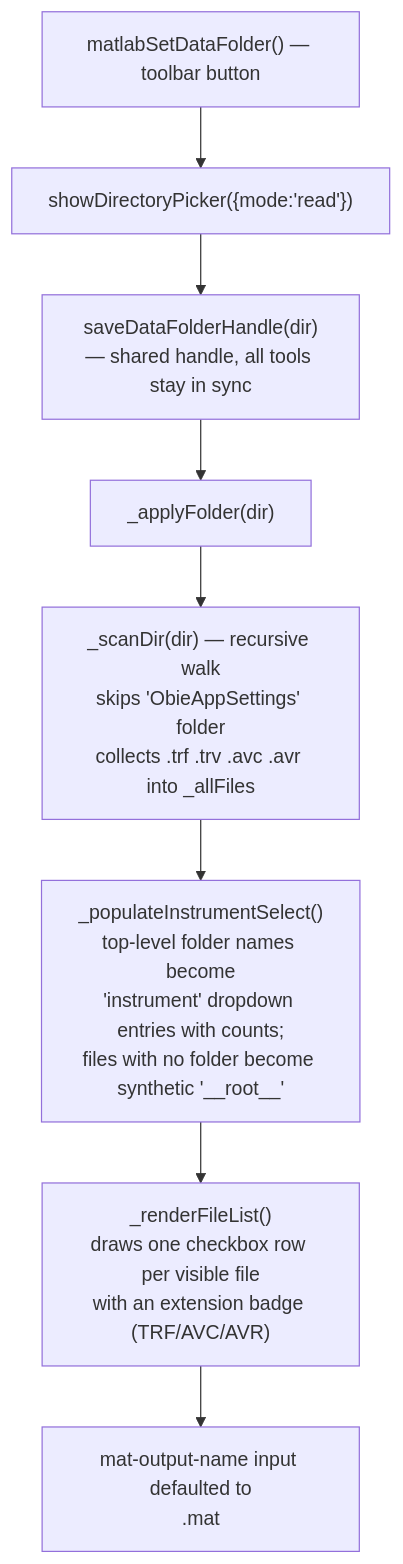
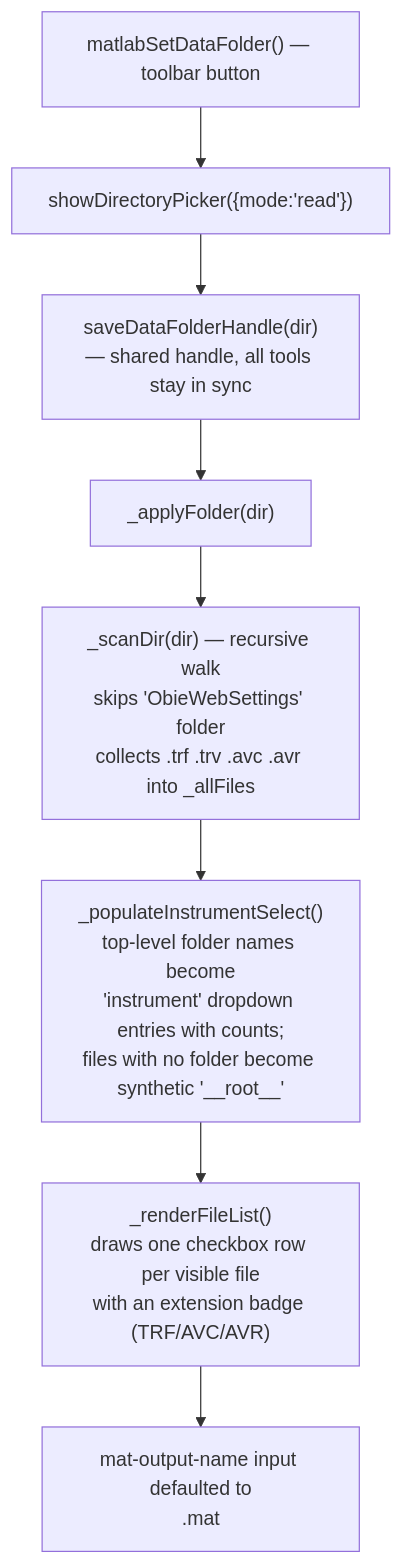
One commit to chrisbuerginrogers/ObieApp changed the second of 4 diagrams in Web/tools/matlab/FLOWCHART.md. Above: the diagram before and after it, drawn with Mermaid. The commit also changed 28 other files, not shown here.

First line of the commit message:
Rename settings folder ObieAppSettings to ObieWebSettings

````diff
--- a/Web/tools/matlab/FLOWCHART.md
+++ b/Web/tools/matlab/FLOWCHART.md
@@ -46,10 +46,10 @@
 ```mermaid
 flowchart TD
     A["matlabSetDataFolder() — toolbar button"] --> B["showDirectoryPicker({mode:'read'})"]
     B --> C["saveDataFolderHandle(dir)\n— shared handle, all tools stay in sync"]
     C --> D["_applyFolder(dir)"]
-    D --> E["_scanDir(dir) — recursive walk\nskips 'ObieAppSettings' folder\ncollects .trf .trv .avc .avr into _allFiles"]
+    D --> E["_scanDir(dir) — recursive walk\nskips 'ObieWebSettings' folder\ncollects .trf .trv .avc .avr into _allFiles"]
     E --> F["_populateInstrumentSelect()\ntop-level folder names become\n'instrument' dropdown entries with counts;\nfiles with no folder become synthetic '__root__'"]
     F --> G["_renderFileList()\ndraws one checkbox row per visible file\nwith an extension badge (TRF/AVC/AVR)"]
     G --> H["mat-output-name input defaulted to\n<folder name>.mat"]
 ```
````
